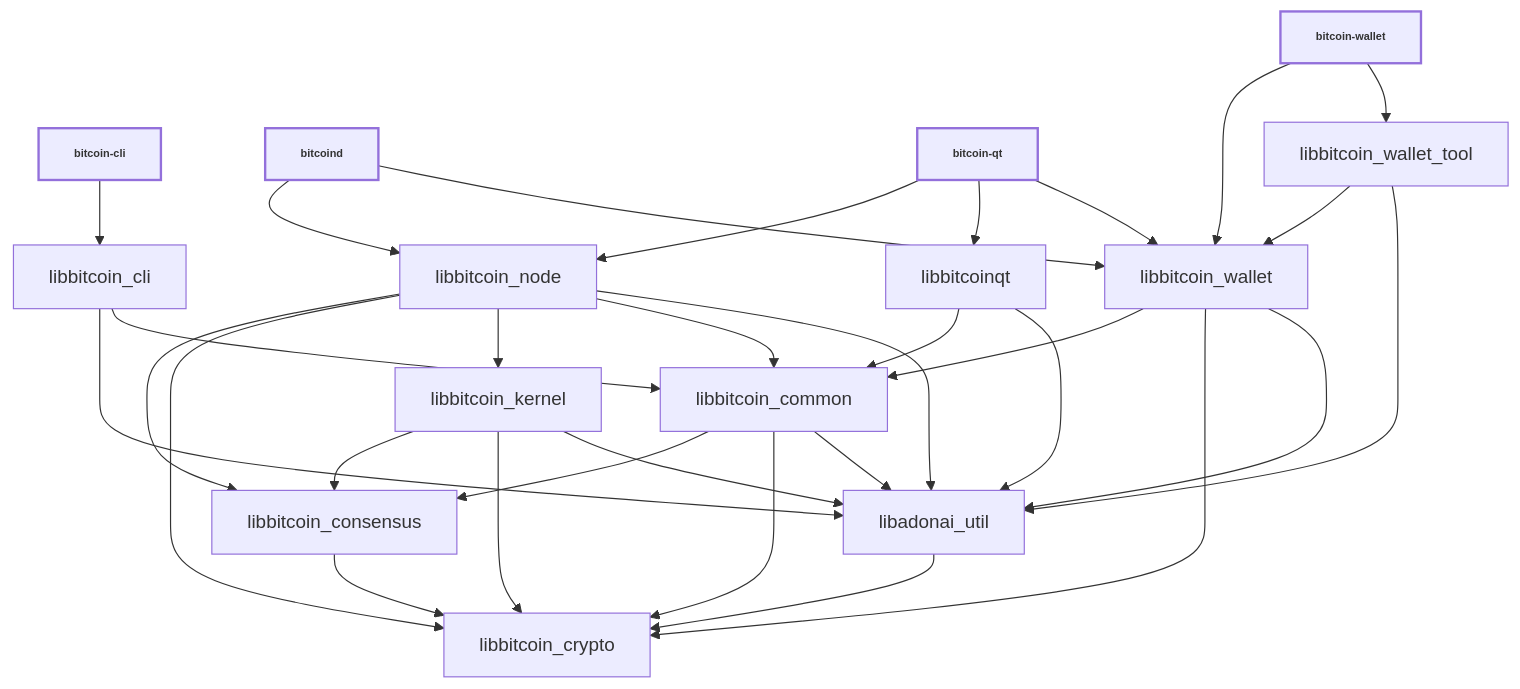
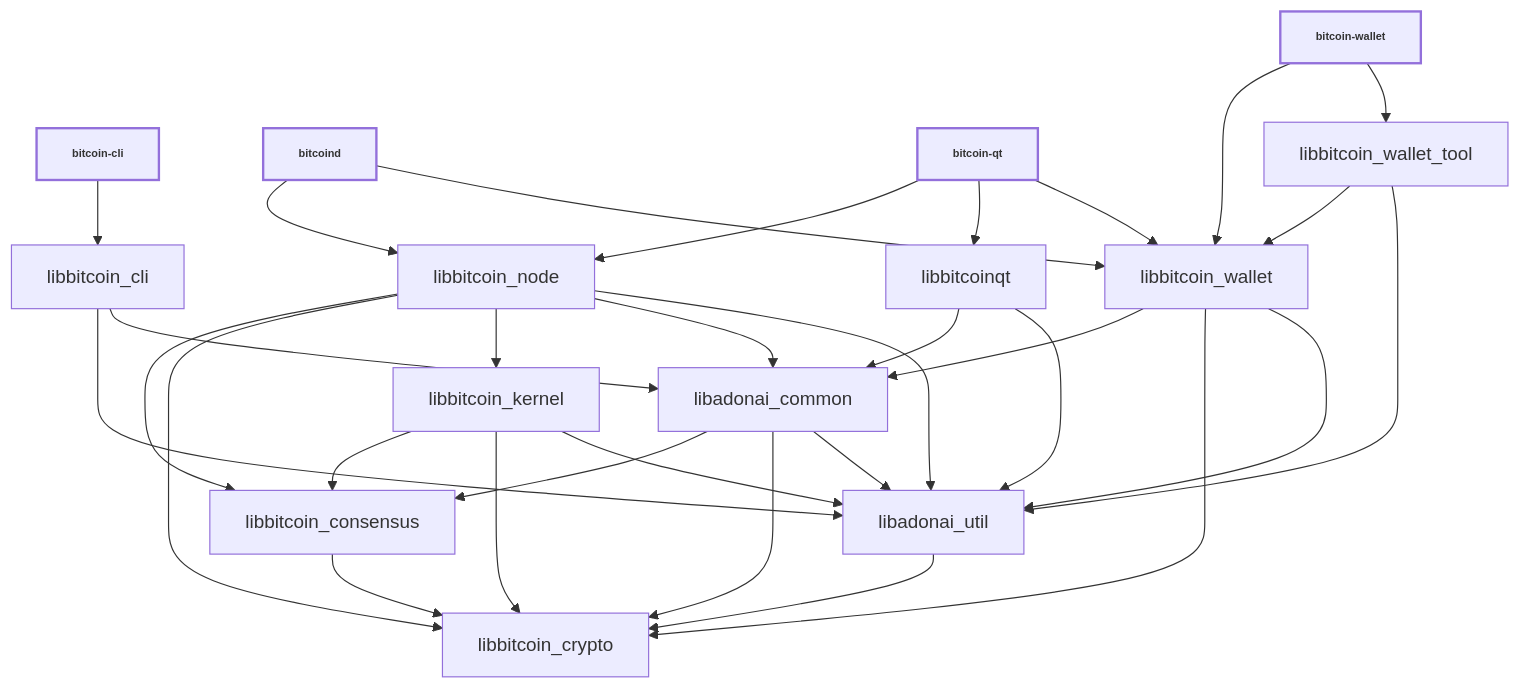
The diagram in doc/design/libraries.md (YHWH-angel/ADONAI), drawn with Mermaid before and after one commit. The commit also changed other lines of this file and 5 other files, not shown here.

````diff
--- a/doc/design/libraries.md
+++ b/doc/design/libraries.md
@@ -36,52 +36,52 @@
 ```mermaid
 
 %%{ init : { "flowchart" : { "curve" : "basis" }}}%%
 
 graph TD;
 
 bitcoin-cli[bitcoin-cli]-->libbitcoin_cli;
 
 bitcoind[bitcoind]-->libbitcoin_node;
 bitcoind[bitcoind]-->libbitcoin_wallet;
 
 bitcoin-qt[bitcoin-qt]-->libbitcoin_node;
 bitcoin-qt[bitcoin-qt]-->libbitcoinqt;
 bitcoin-qt[bitcoin-qt]-->libbitcoin_wallet;
 
 bitcoin-wallet[bitcoin-wallet]-->libbitcoin_wallet;
 bitcoin-wallet[bitcoin-wallet]-->libbitcoin_wallet_tool;
 
 libbitcoin_cli-->libadonai_util;
-libbitcoin_cli-->libbitcoin_common;
+libbitcoin_cli-->libadonai_common;
 
 libbitcoin_consensus-->libbitcoin_crypto;
 
-libbitcoin_common-->libbitcoin_consensus;
-libbitcoin_common-->libbitcoin_crypto;
-libbitcoin_common-->libadonai_util;
+libadonai_common-->libbitcoin_consensus;
+libadonai_common-->libbitcoin_crypto;
+libadonai_common-->libadonai_util;
 
 libbitcoin_kernel-->libbitcoin_consensus;
 libbitcoin_kernel-->libbitcoin_crypto;
 libbitcoin_kernel-->libadonai_util;
 
 libbitcoin_node-->libbitcoin_consensus;
 libbitcoin_node-->libbitcoin_crypto;
 libbitcoin_node-->libbitcoin_kernel;
-libbitcoin_node-->libbitcoin_common;
+libbitcoin_node-->libadonai_common;
 libbitcoin_node-->libadonai_util;
 
-libbitcoinqt-->libbitcoin_common;
+libbitcoinqt-->libadonai_common;
 libbitcoinqt-->libadonai_util;
 
 libadonai_util-->libbitcoin_crypto;
 
-libbitcoin_wallet-->libbitcoin_common;
+libbitcoin_wallet-->libadonai_common;
 libbitcoin_wallet-->libbitcoin_crypto;
 libbitcoin_wallet-->libadonai_util;
 
 libbitcoin_wallet_tool-->libbitcoin_wallet;
 libbitcoin_wallet_tool-->libadonai_util;
 
 classDef bold stroke-width:2px, font-weight:bold, font-size: smaller;
 class bitcoin-qt,bitcoind,bitcoin-cli,bitcoin-wallet bold
 ```
````
